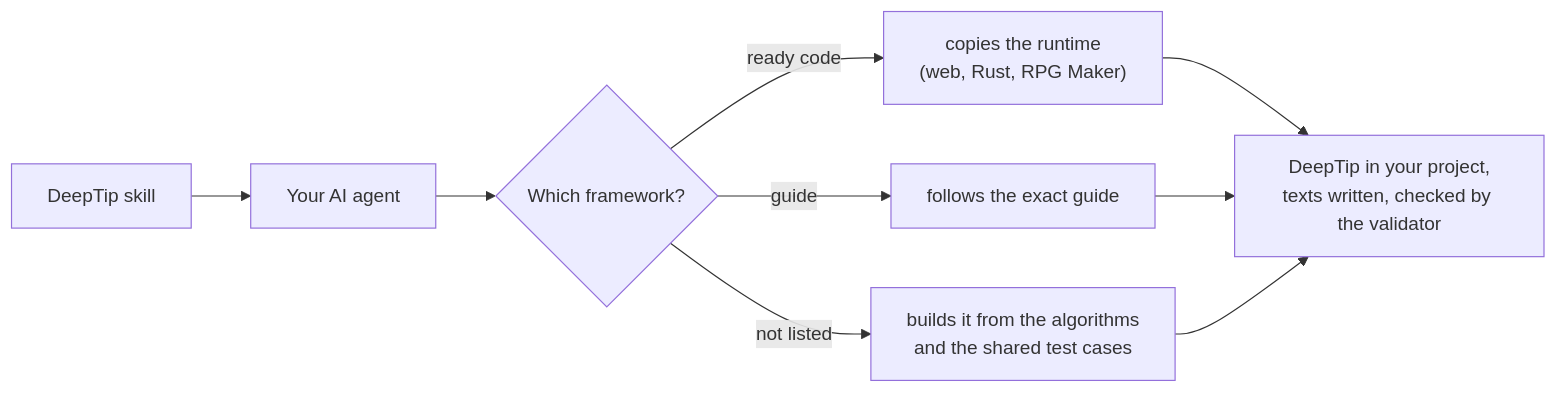
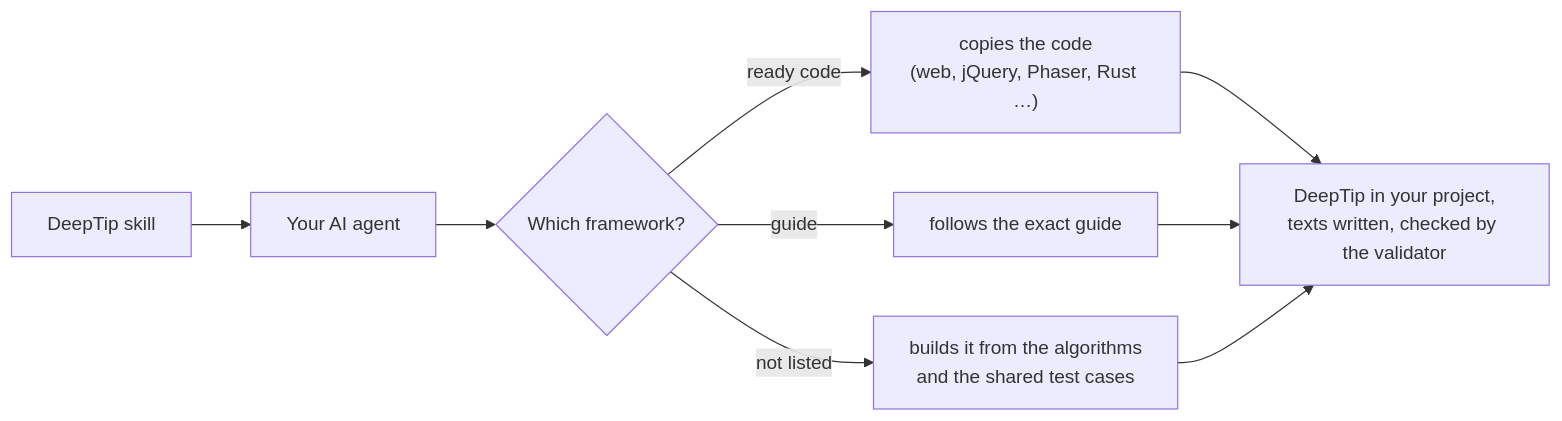
One commit to gorduan/DeepTip changed the diagram in README.md. Above: the diagram before and after it, drawn with Mermaid. The commit also changed other lines of this file and 222 other files, not shown here.

````diff
--- a/README.md
+++ b/README.md
@@ -49,11 +53,11 @@
 ```mermaid
 flowchart LR
   S["DeepTip skill"] --> A["Your AI agent"]
   A --> D{"Which framework?"}
-  D -->|"ready code"| C["copies the runtime<br/>(web, Rust, RPG Maker)"]
+  D -->|"ready code"| C["copies the code<br/>(web, jQuery, Phaser, Rust …)"]
   D -->|"guide"| G["follows the exact guide"]
   D -->|"not listed"| N["builds it from the algorithms<br/>and the shared test cases"]
   C --> P["DeepTip in your project,<br/>texts written, checked by the validator"]
   G --> P
   N --> P
 ```
````
